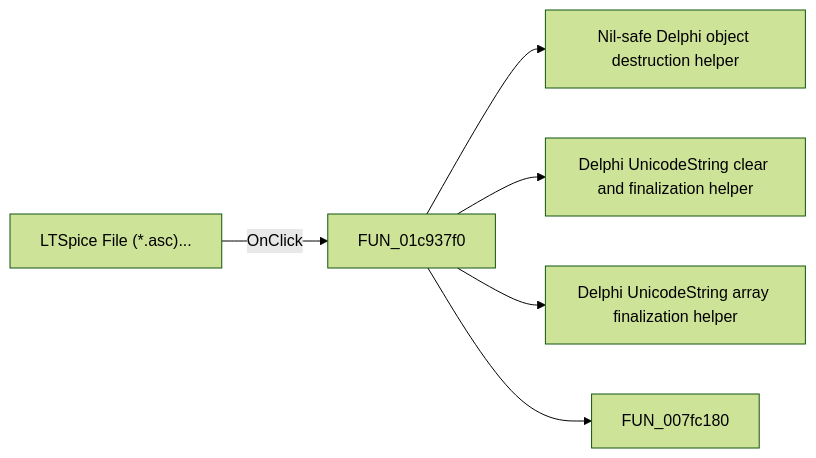
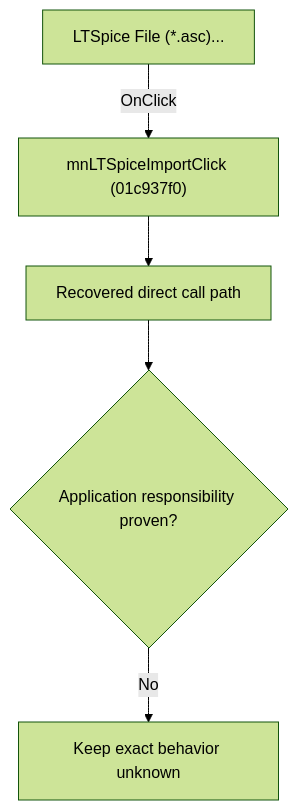
Before and after one commit to MovGP0/TIARA: the diagram in docs/ui-controls/schematiceditor/mnltspiceimport-312638853d.md, drawn with Mermaid (forest theme). The commit also changed other lines of this file and 1062 other files, not shown here.

````diff
--- a/docs/ui-controls/schematiceditor/mnltspiceimport-312638853d.md
+++ b/docs/ui-controls/schematiceditor/mnltspiceimport-312638853d.md
@@ -27,8 +27,7 @@
 ```mermaid
-flowchart LR
-    control["LTSpice File (*.asc)..."] -->|OnClick| handler["FUN_01c937f0"]
-    handler --> call1["Nil-safe Delphi object destruction helper"]
-    handler --> call2["Delphi UnicodeString clear and finalization helper"]
-    handler --> call3["Delphi UnicodeString array finalization helper"]
-    handler --> call4["FUN_007fc180"]
+flowchart TD
+    control["LTSpice File (*.asc)..."] -->|"OnClick"| handler["mnLTSpiceImportClick (01c937f0)"]
+    handler --> recovered["Recovered direct call path"]
+    recovered --> gap{"Application responsibility proven?"}
+    gap -->|"No"| blocked["Keep exact behavior unknown"]
 ```
````
